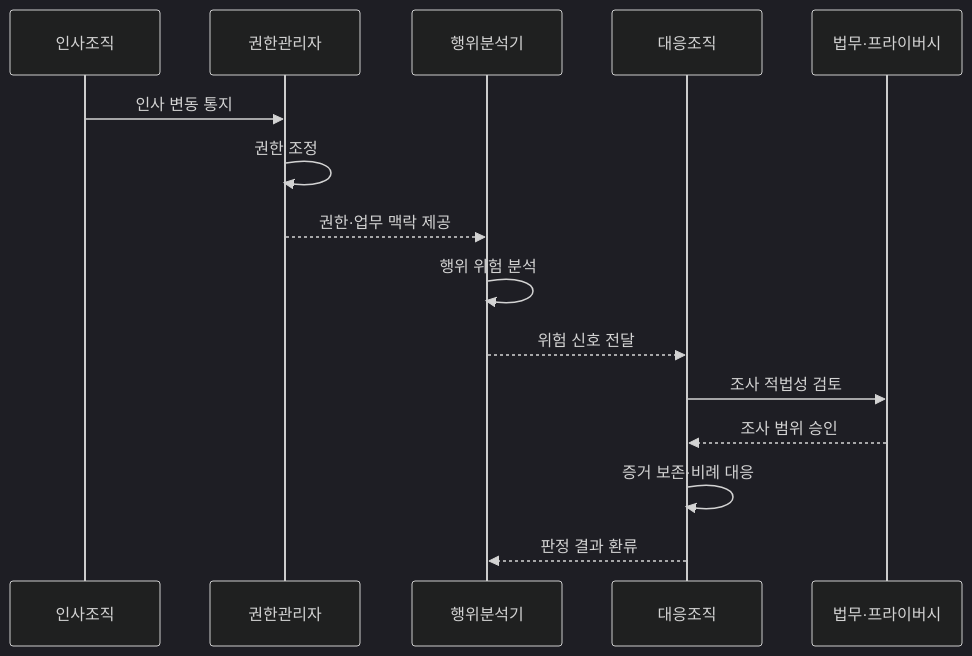
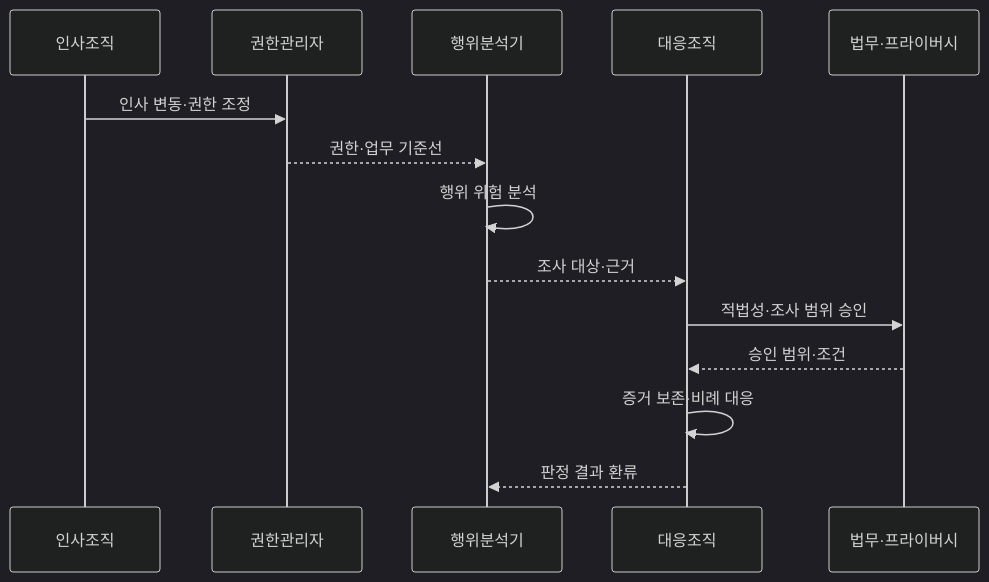
Before and after one commit to agnusdei1207/knowledge-base: the second of 2 diagrams in src/content/docs/notes/05-security/113_insider_threat_management.md, drawn with Mermaid (dark theme). The commit also changed other lines of this file and 10 other files, not shown here.

````diff
--- a/src/content/docs/notes/05-security/113_insider_threat_management.md
+++ b/src/content/docs/notes/05-security/113_insider_threat_management.md
@@ -79,17 +79,16 @@
 ```mermaid
 sequenceDiagram
   participant H as 인사조직
   participant I as 권한관리자
   participant A as 행위분석기
   participant R as 대응조직
   participant L as 법무·프라이버시
-  H->>I: 인사 변동 통지
-  I->>I: 권한 조정
-  I-->>A: 권한·업무 맥락 제공
+  H->>I: 인사 변동·권한 조정
+  I-->>A: 권한·업무 기준선
   A->>A: 행위 위험 분석
-  A-->>R: 위험 신호 전달
-  R->>L: 조사 적법성 검토
-  L-->>R: 조사 범위 승인
+  A-->>R: 조사 대상·근거
+  R->>L: 적법성·조사 범위 승인
+  L-->>R: 승인 범위·조건
   R->>R: 증거 보존·비례 대응
   R-->>A: 판정 결과 환류
 ```
````
